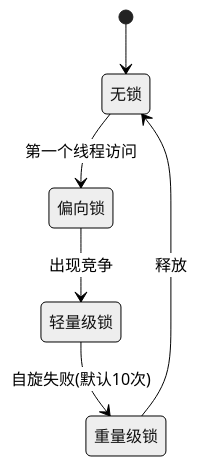
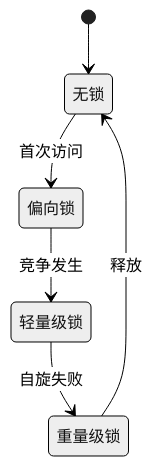
Before and after one commit to lettlehan/hans-blog: the second of 2 diagrams in content/good-work/JDK/JDK线程池模型与并发锁机制深度解析.md, drawn with Mermaid (neutral theme). The commit also changed other lines of this file and 16 other files, not shown here.

````diff
--- a/content/good-work/JDK/JDK线程池模型与并发锁机制深度解析.md
+++ b/content/good-work/JDK/JDK线程池模型与并发锁机制深度解析.md
@@ -29,8 +42,8 @@
 ```mermaid  
 stateDiagram-v2  
     [*] --> 无锁  
-    无锁 --> 偏向锁: 第一个线程访问  
-    偏向锁 --> 轻量级锁: 出现竞争  
-    轻量级锁 --> 重量级锁: 自旋失败(默认10次)  
+    无锁 --> 偏向锁: 首次访问  
+    偏向锁 --> 轻量级锁: 竞争发生  
+    轻量级锁 --> 重量级锁: 自旋失败  
     重量级锁 --> 无锁: 释放  
 ```  
````
